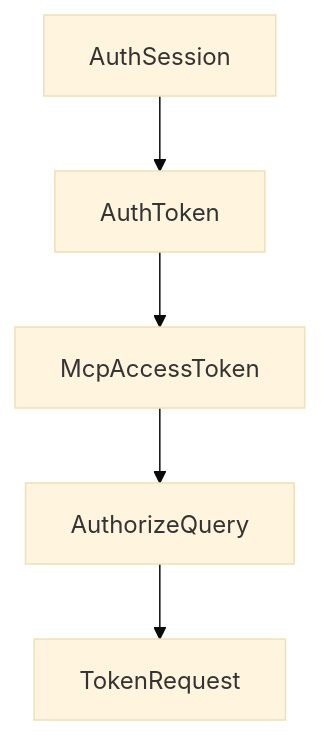
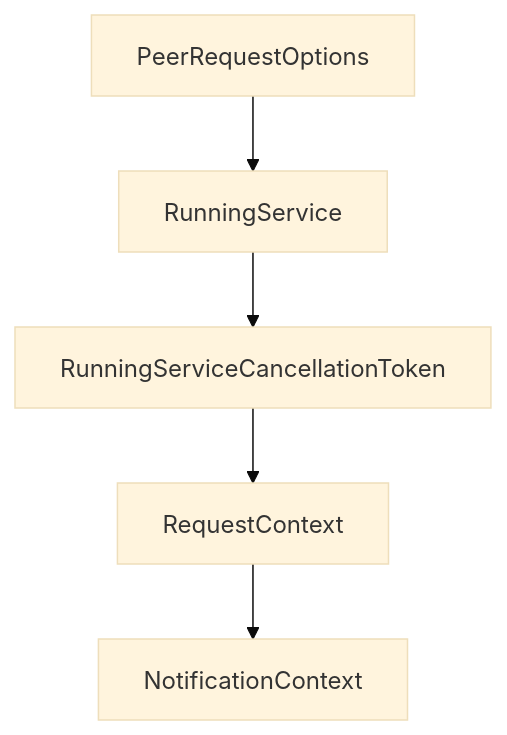
Before and after one commit to johnxie/awesome-code-docs: the diagram in tutorials/mcp-rust-sdk-tutorial/02-service-model-and-macro-based-tooling.md, drawn with Mermaid (base theme). The commit also changed other lines of this file and 1232 other files, not shown here.

````diff
--- a/tutorials/mcp-rust-sdk-tutorial/02-service-model-and-macro-based-tooling.md
+++ b/tutorials/mcp-rust-sdk-tutorial/02-service-model-and-macro-based-tooling.md
@@ -212,12 +210,12 @@
 ```mermaid
 flowchart TD
-    A[AuthSession]
-    B[AuthToken]
-    C[McpAccessToken]
-    D[AuthorizeQuery]
-    E[TokenRequest]
+    A[PeerRequestOptions]
+    B[RunningService]
+    C[RunningServiceCancellationToken]
+    D[RequestContext]
+    E[NotificationContext]
     A --> B
     B --> C
     C --> D
     D --> E
 ```
````
